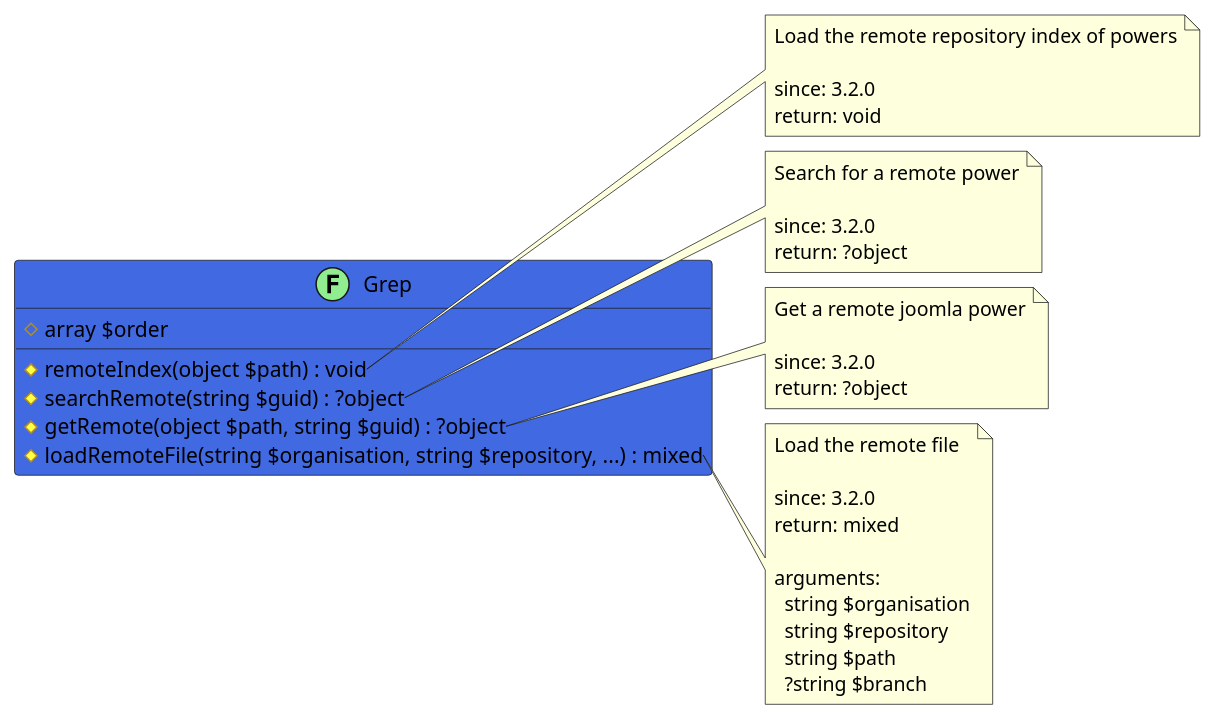
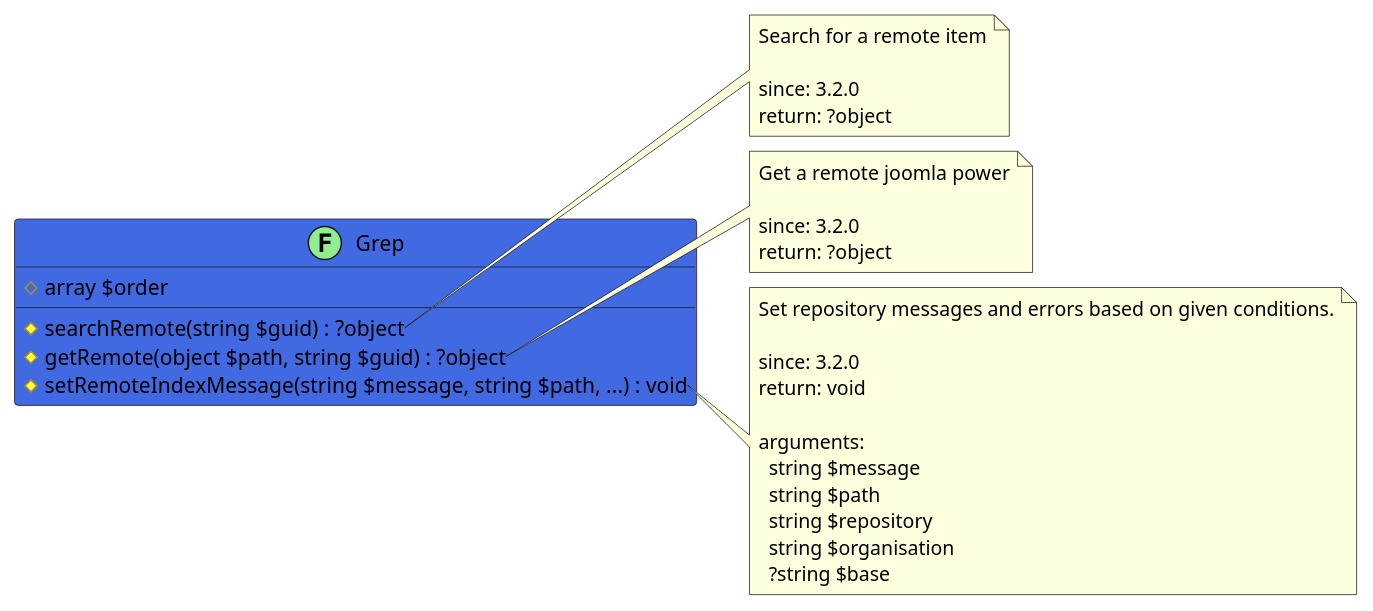
Before and after one commit to joomengine/jcb-compiler: the diagram in src/355bf21a-f859-4528-9110-bcd2c6d05ea7/README.md, drawn with PlantUML. The commit also changed other lines of this file and 846 other files, not shown here.

````diff
--- a/src/355bf21a-f859-4528-9110-bcd2c6d05ea7/README.md
+++ b/src/355bf21a-f859-4528-9110-bcd2c6d05ea7/README.md
@@ -12,46 +13,39 @@
 ```uml
 @startuml
 class Grep << (F,LightGreen) >> #RoyalBlue {
   # array $order
-  # remoteIndex(object $path) : void
   # searchRemote(string $guid) : ?object
   # getRemote(object $path, string $guid) : ?object
-  # loadRemoteFile(string $organisation, string $repository, ...) : mixed
+  # setRemoteIndexMessage(string $message, string $path, ...) : void
 }
 
-note right of Grep::remoteIndex
-  Load the remote repository index of powers
-
-  since: 3.2.0
-  return: void
-end note
-
 note right of Grep::searchRemote
-  Search for a remote power
+  Search for a remote item
 
   since: 3.2.0
   return: ?object
 end note
 
 note right of Grep::getRemote
   Get a remote joomla power
 
   since: 3.2.0
   return: ?object
 end note
 
-note right of Grep::loadRemoteFile
-  Load the remote file
+note right of Grep::setRemoteIndexMessage
+  Set repository messages and errors based on given conditions.
 
   since: 3.2.0
-  return: mixed
+  return: void
   
   arguments:
+    string $message
+    string $path
+    string $repository
     string $organisation
-    string $repository
-    string $path
-    ?string $branch
+    ?string $base
 end note
  
 @enduml
 ```
````
